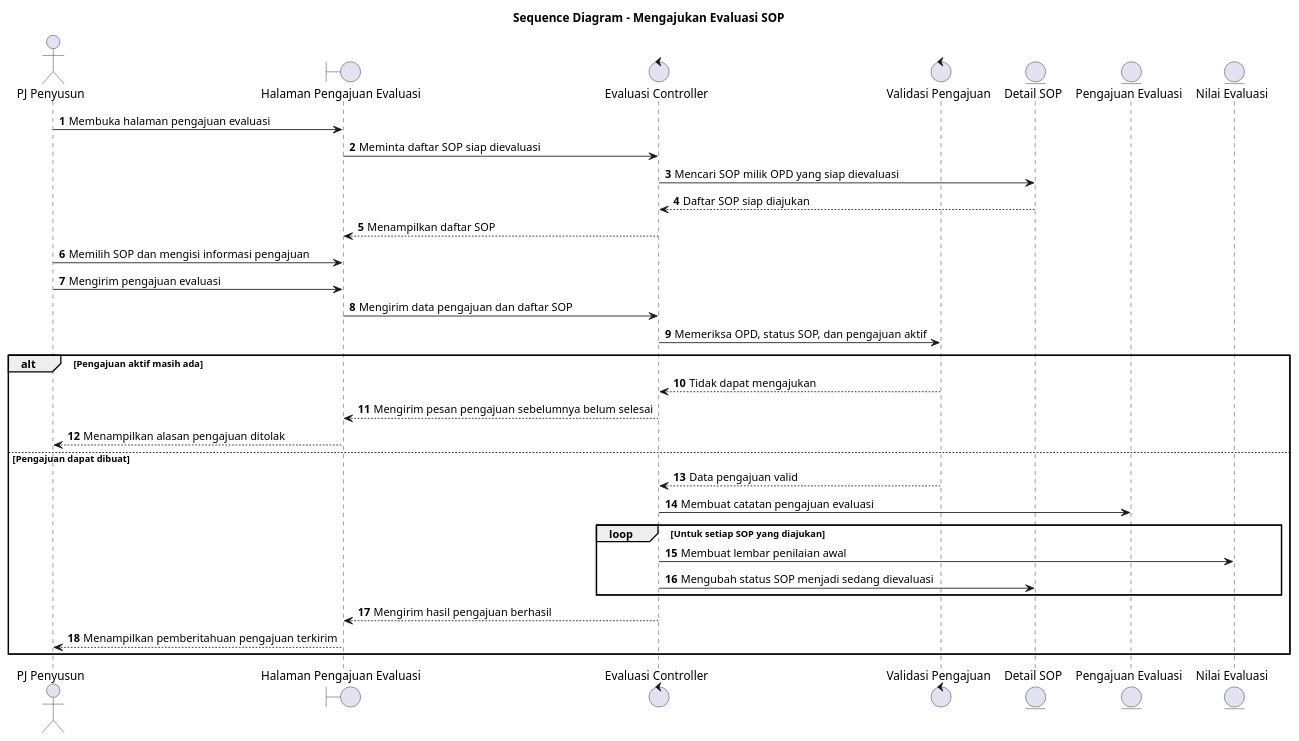
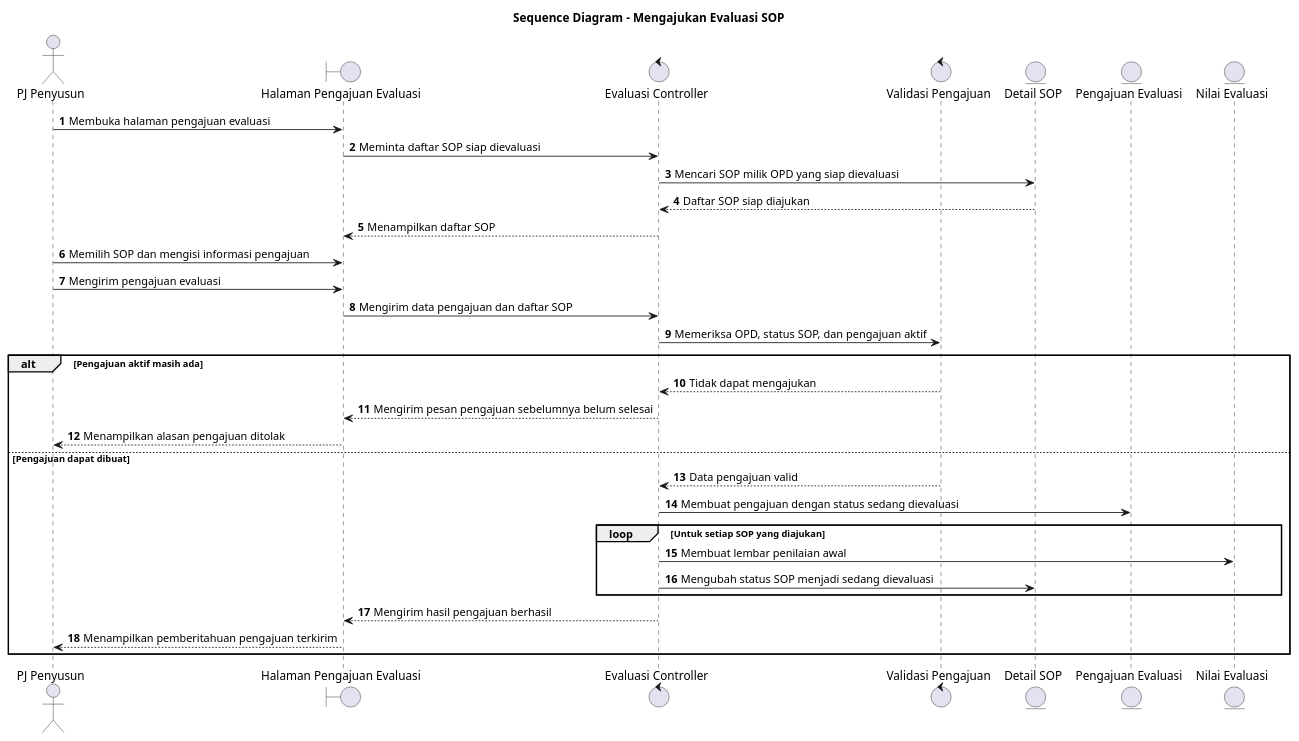
The diagram in docs/sequence/pj-penyusun-mengajukan-evaluasi-sop.md (howlil/sop-generate-app), drawn with PlantUML before and after one commit. The commit also changed 18 other files, not shown here.

````diff
--- a/docs/sequence/pj-penyusun-mengajukan-evaluasi-sop.md
+++ b/docs/sequence/pj-penyusun-mengajukan-evaluasi-sop.md
@@ -16,41 +16,41 @@
 ```plantuml
 @startuml
 title Sequence Diagram - Mengajukan Evaluasi SOP
 autonumber
 
 actor "PJ Penyusun" as Aktor
 boundary "Halaman Pengajuan Evaluasi" as UI
 control "Evaluasi Controller" as EvalCtrl
 control "Validasi Pengajuan" as Validasi
 entity "Detail SOP" as Detail
 entity "Pengajuan Evaluasi" as Pengajuan
 entity "Nilai Evaluasi" as Nilai
 
 Aktor -> UI : Membuka halaman pengajuan evaluasi
 UI -> EvalCtrl : Meminta daftar SOP siap dievaluasi
 EvalCtrl -> Detail : Mencari SOP milik OPD yang siap dievaluasi
 Detail --> EvalCtrl : Daftar SOP siap diajukan
 EvalCtrl --> UI : Menampilkan daftar SOP
 
 Aktor -> UI : Memilih SOP dan mengisi informasi pengajuan
 Aktor -> UI : Mengirim pengajuan evaluasi
 UI -> EvalCtrl : Mengirim data pengajuan dan daftar SOP
 EvalCtrl -> Validasi : Memeriksa OPD, status SOP, dan pengajuan aktif
 
 alt Pengajuan aktif masih ada
   Validasi --> EvalCtrl : Tidak dapat mengajukan
   EvalCtrl --> UI : Mengirim pesan pengajuan sebelumnya belum selesai
   UI --> Aktor : Menampilkan alasan pengajuan ditolak
 else Pengajuan dapat dibuat
   Validasi --> EvalCtrl : Data pengajuan valid
-  EvalCtrl -> Pengajuan : Membuat catatan pengajuan evaluasi
+  EvalCtrl -> Pengajuan : Membuat pengajuan dengan status sedang dievaluasi
   loop Untuk setiap SOP yang diajukan
     EvalCtrl -> Nilai : Membuat lembar penilaian awal
     EvalCtrl -> Detail : Mengubah status SOP menjadi sedang dievaluasi
   end
   EvalCtrl --> UI : Mengirim hasil pengajuan berhasil
   UI --> Aktor : Menampilkan pemberitahuan pengajuan terkirim
 end
 
 @enduml
 ```
````
